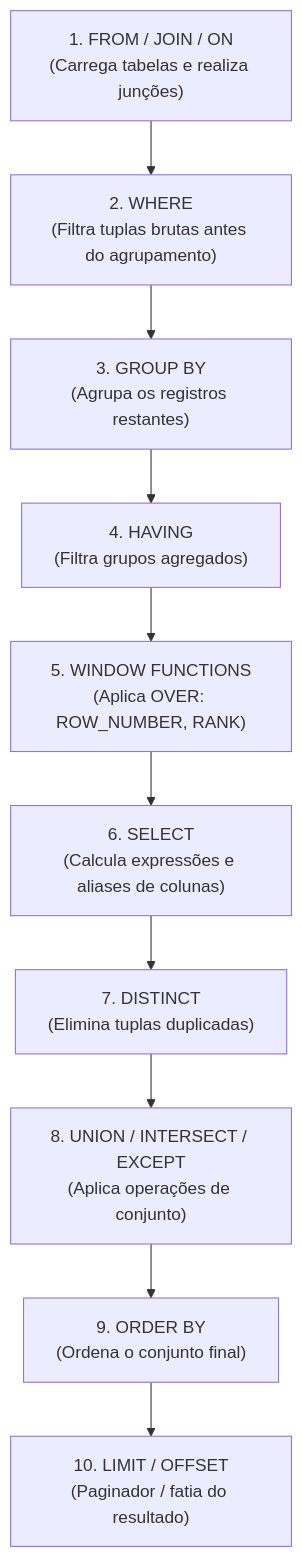
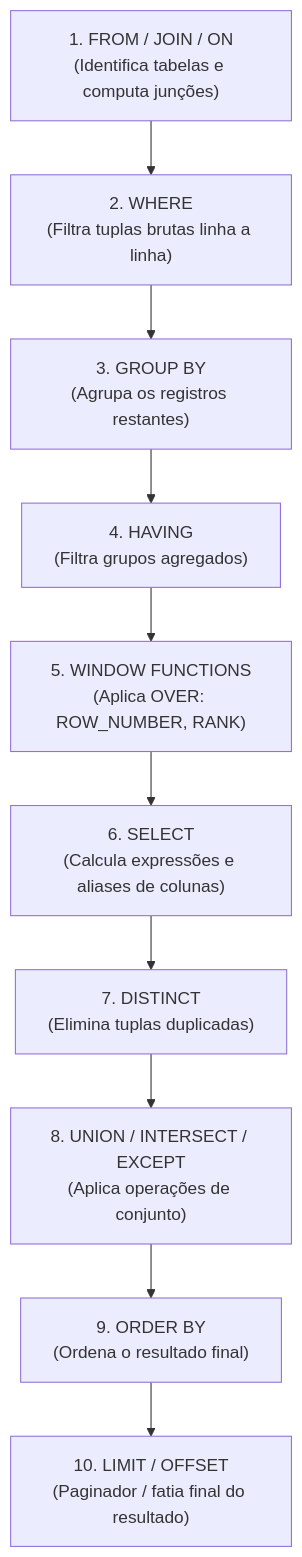
Before and after one commit to thiagosantos346/TCE-GO-2027: the second of 2 diagrams in fontes_de_estudo/conhecimentos_especificos_b02_ti/08_banco_de_dados/02_linguagem_sql_ddl_dml_dql_tcl_e_dcl.md, drawn with Mermaid. The commit also changed other lines of this file and 119 other files, not shown here.

````diff
--- a/fontes_de_estudo/conhecimentos_especificos_b02_ti/08_banco_de_dados/02_linguagem_sql_ddl_dml_dql_tcl_e_dcl.md
+++ b/fontes_de_estudo/conhecimentos_especificos_b02_ti/08_banco_de_dados/02_linguagem_sql_ddl_dml_dql_tcl_e_dcl.md
@@ -106,12 +104,12 @@
 ```mermaid
 flowchart TD
-    P1["1. FROM / JOIN / ON<br/>(Carrega tabelas e realiza junções)"] --> P2["2. WHERE<br/>(Filtra tuplas brutas antes do agrupamento)"]
+    P1["1. FROM / JOIN / ON<br/>(Identifica tabelas e computa junções)"] --> P2["2. WHERE<br/>(Filtra tuplas brutas linha a linha)"]
     P2 --> P3["3. GROUP BY<br/>(Agrupa os registros restantes)"]
     P3 --> P4["4. HAVING<br/>(Filtra grupos agregados)"]
     P4 --> P5["5. WINDOW FUNCTIONS<br/>(Aplica OVER: ROW_NUMBER, RANK)"]
     P5 --> P6["6. SELECT<br/>(Calcula expressões e aliases de colunas)"]
     P6 --> P7["7. DISTINCT<br/>(Elimina tuplas duplicadas)"]
     P7 --> P8["8. UNION / INTERSECT / EXCEPT<br/>(Aplica operações de conjunto)"]
-    P8 --> P9["9. ORDER BY<br/>(Ordena o conjunto final)"]
-    P9 --> P10["10. LIMIT / OFFSET<br/>(Paginador / fatia do resultado)"]
+    P8 --> P9["9. ORDER BY<br/>(Ordena o resultado final)"]
+    P9 --> P10["10. LIMIT / OFFSET<br/>(Paginador / fatia final do resultado)"]
 ```
````
